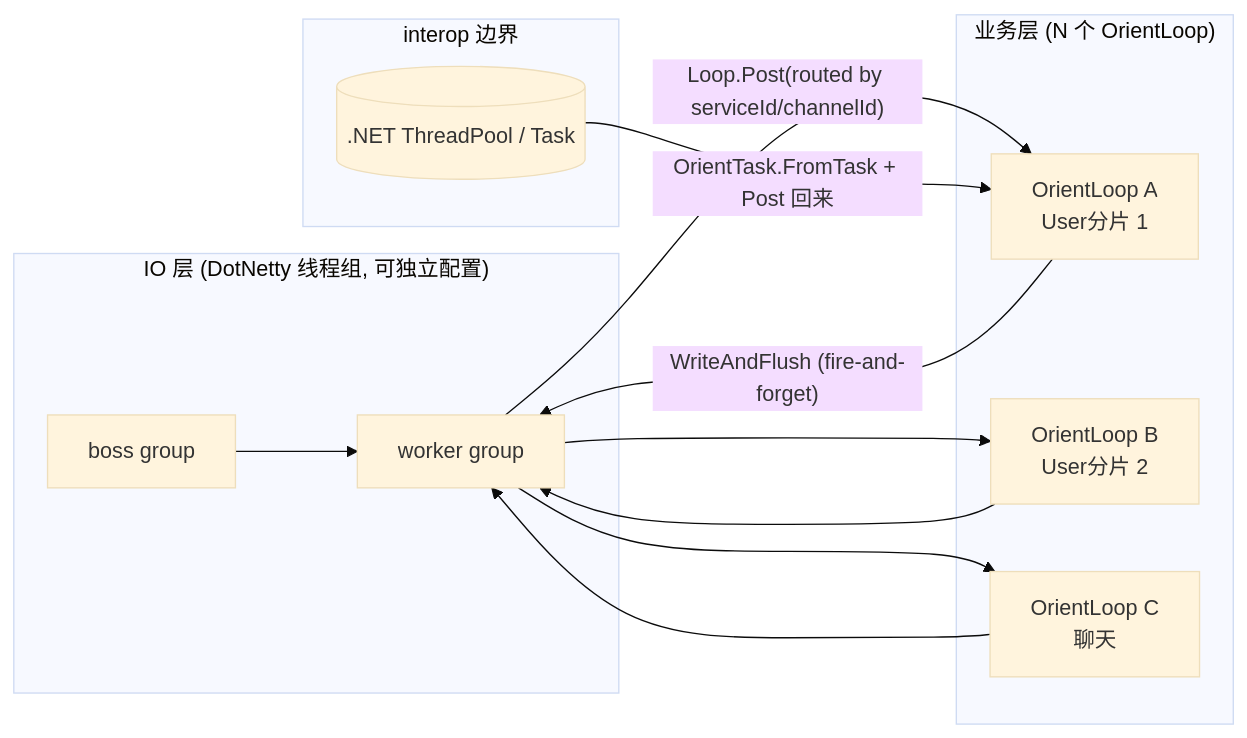
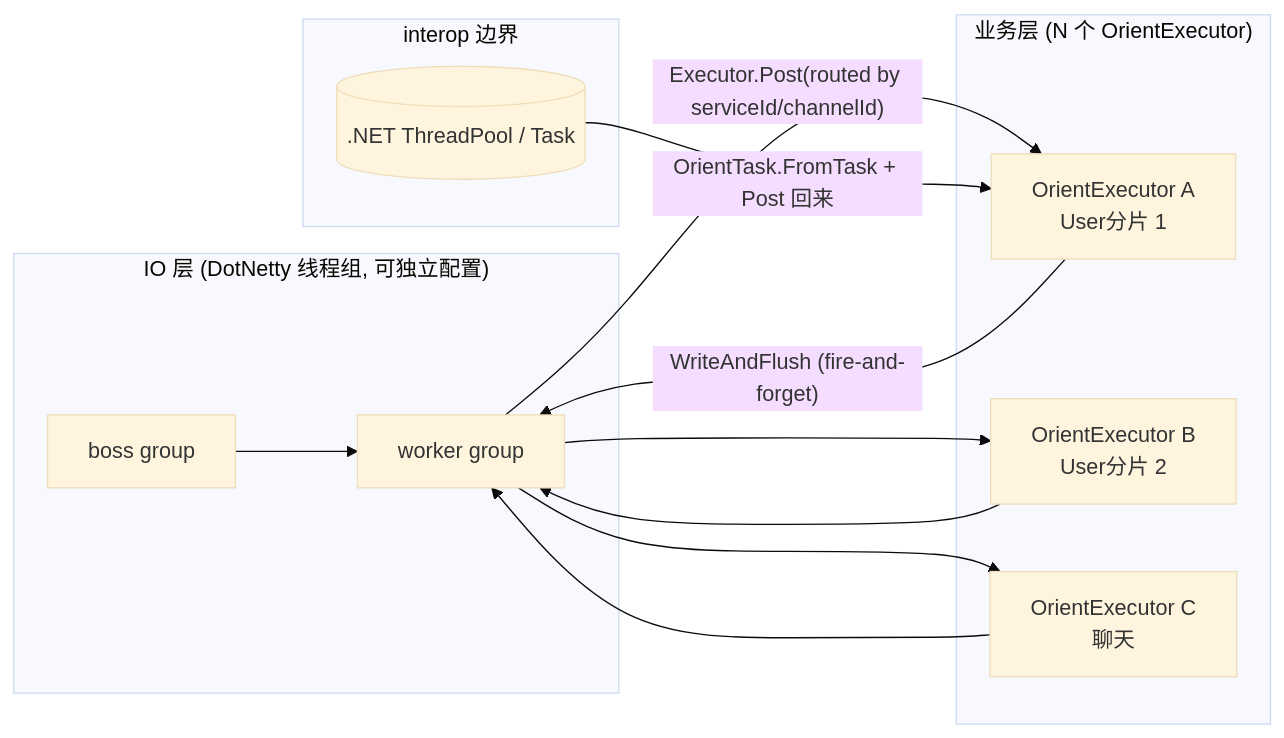
Before and after one commit to orientye/orientdotnet: the fifth of 5 diagrams in Doc/architecture.md, drawn with Mermaid (base theme). The commit also changed other lines of this file and 74 other files, not shown here.

````diff
--- a/Doc/architecture.md
+++ b/Doc/architecture.md
@@ -820,24 +819,24 @@
 ```mermaid
 flowchart LR
     subgraph IO["IO 层 (DotNetty 线程组, 可独立配置)"]
         Boss[boss group]
         Worker[worker group]
     end
-    subgraph Business["业务层 (N 个 OrientLoop)"]
-        L1[OrientLoop A<br/>User分片 1]
-        L2[OrientLoop B<br/>User分片 2]
-        L3[OrientLoop C<br/>聊天]
+    subgraph Business["业务层 (N 个 OrientExecutor)"]
+        L1[OrientExecutor A<br/>User分片 1]
+        L2[OrientExecutor B<br/>User分片 2]
+        L3[OrientExecutor C<br/>聊天]
     end
     subgraph Interop["interop 边界"]
         TP[(.NET ThreadPool / Task)]
     end
 
     Boss --> Worker
-    Worker -- "Loop.Post(routed by serviceId/channelId)" --> L1
+    Worker -- "Executor.Post(routed by serviceId/channelId)" --> L1
     Worker --> L2
     Worker --> L3
     L1 -- "WriteAndFlush (fire-and-forget)" --> Worker
     L2 --> Worker
     L3 --> Worker
     TP -- "OrientTask.FromTask + Post 回来" --> L1
 ```
````
